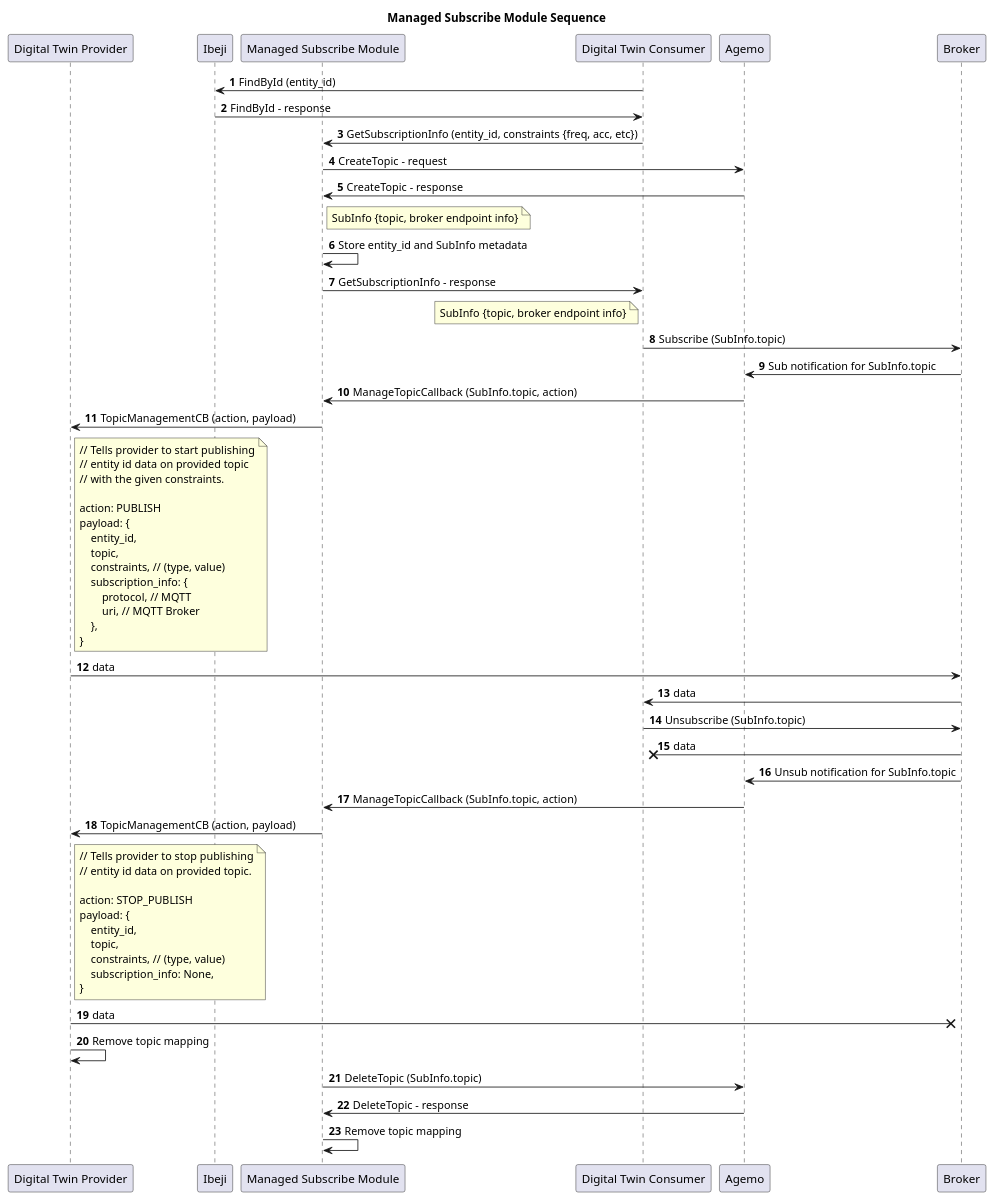
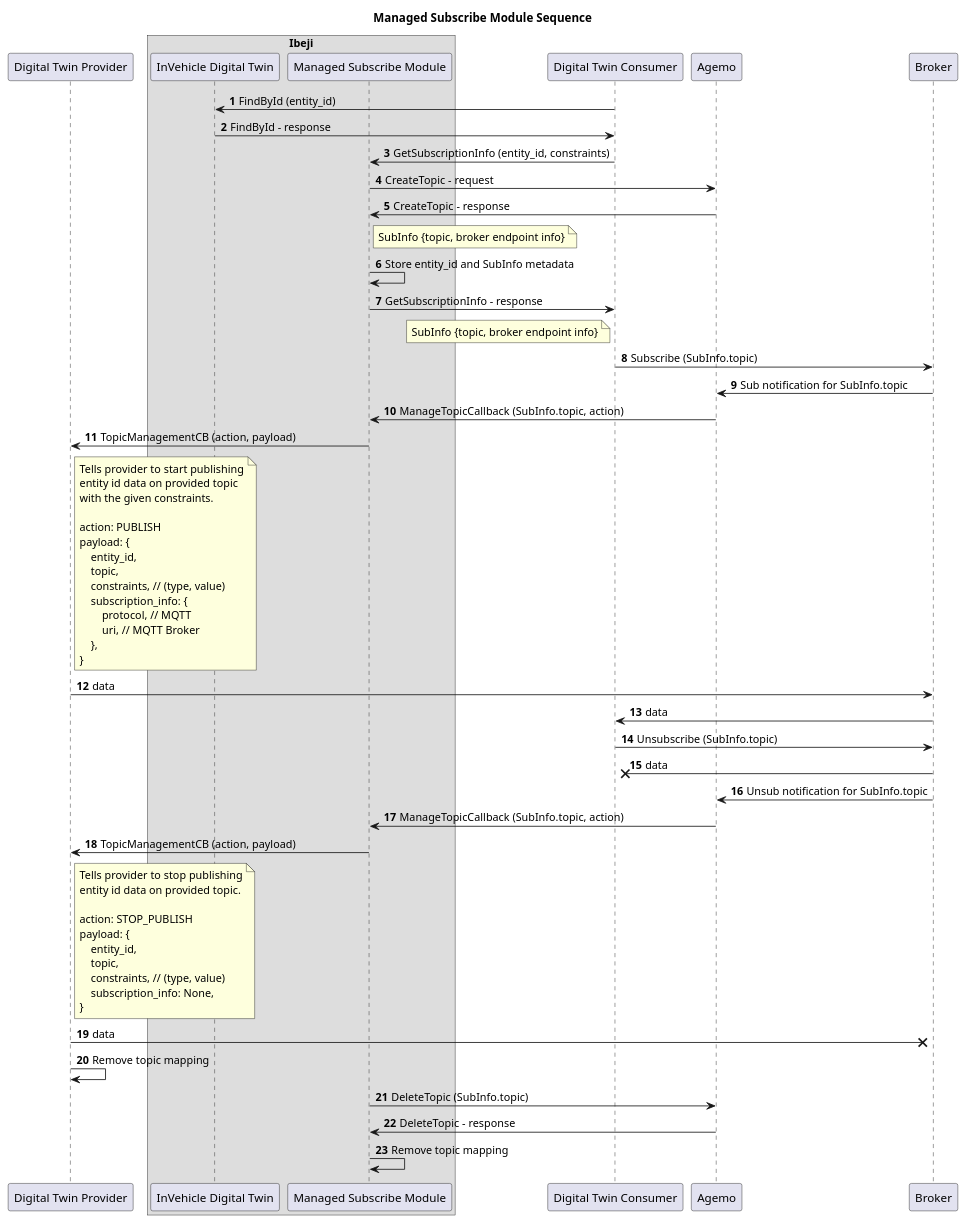
Before and after one commit to eclipse-ibeji/ibeji: the diagram in docs/design/diagrams/managed_subscribe_module_sequence.puml, drawn with PlantUML. The commit also changed 9 other files, not shown here.

First line of the commit message:
Update diagrams and Managed Subscribe Readme (#51)

```diff
--- a/docs/design/diagrams/managed_subscribe_module_sequence.puml
+++ b/docs/design/diagrams/managed_subscribe_module_sequence.puml
@@ -1,65 +1,67 @@
 @startuml Managed Subscribe Module
 title Managed Subscribe Module Sequence
 participant "Digital Twin Provider" as DTProvider
-participant Ibeji
+box "Ibeji"
+participant "InVehicle Digital Twin" as Ibeji
 participant "Managed Subscribe Module" as ManagedSubscribeModule
+end box
 participant "Digital Twin Consumer" as DTConsumer
 participant Agemo
 participant Broker
 
 autonumber
 
 DTConsumer -> Ibeji: FindById (entity_id)
 DTConsumer <- Ibeji: FindById - response
-DTConsumer -> ManagedSubscribeModule: GetSubscriptionInfo (entity_id, constraints {freq, acc, etc})
+DTConsumer -> ManagedSubscribeModule: GetSubscriptionInfo (entity_id, constraints)
 ManagedSubscribeModule -> Agemo: CreateTopic - request
 Agemo -> ManagedSubscribeModule: CreateTopic - response
 note right of ManagedSubscribeModule: SubInfo {topic, broker endpoint info}
 ManagedSubscribeModule -> ManagedSubscribeModule: Store entity_id and SubInfo metadata
 ManagedSubscribeModule -> DTConsumer: GetSubscriptionInfo - response
 note left of DTConsumer: SubInfo {topic, broker endpoint info}
 DTConsumer -> Broker: Subscribe (SubInfo.topic)
 Broker -> Agemo: Sub notification for SubInfo.topic
 Agemo -> ManagedSubscribeModule: ManageTopicCallback (SubInfo.topic, action)
 ManagedSubscribeModule -> DTProvider: TopicManagementCB (action, payload)
 note right of DTProvider
-// Tells provider to start publishing
-// entity id data on provided topic
-// with the given constraints.
+Tells provider to start publishing
+entity id data on provided topic
+with the given constraints.
 
 action: PUBLISH
 payload: {
     entity_id,
     topic,
     constraints, // (type, value)
     subscription_info: {
         protocol, // MQTT
         uri, // MQTT Broker
     },
 }
 end note
 DTProvider -> Broker: data
 DTConsumer <- Broker : data
 DTConsumer -> Broker: Unsubscribe (SubInfo.topic)
 DTConsumer x<- Broker: data
 Broker -> Agemo: Unsub notification for SubInfo.topic
 Agemo -> ManagedSubscribeModule: ManageTopicCallback (SubInfo.topic, action)
 DTProvider <- ManagedSubscribeModule: TopicManagementCB (action, payload)
 note right of DTProvider
-// Tells provider to stop publishing
-// entity id data on provided topic.
+Tells provider to stop publishing
+entity id data on provided topic.
 
 action: STOP_PUBLISH
 payload: {
     entity_id,
     topic,
     constraints, // (type, value)
     subscription_info: None,
 }
 end note
 DTProvider ->x Broker: data
 DTProvider -> DTProvider: Remove topic mapping
 ManagedSubscribeModule -> Agemo: DeleteTopic (SubInfo.topic)
 ManagedSubscribeModule <- Agemo: DeleteTopic - response
 ManagedSubscribeModule -> ManagedSubscribeModule: Remove topic mapping
 @enduml
```
